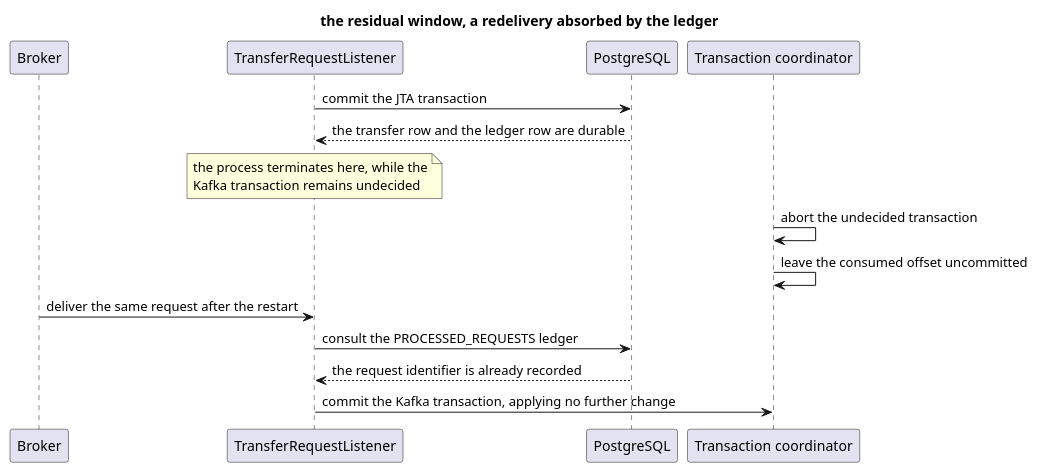
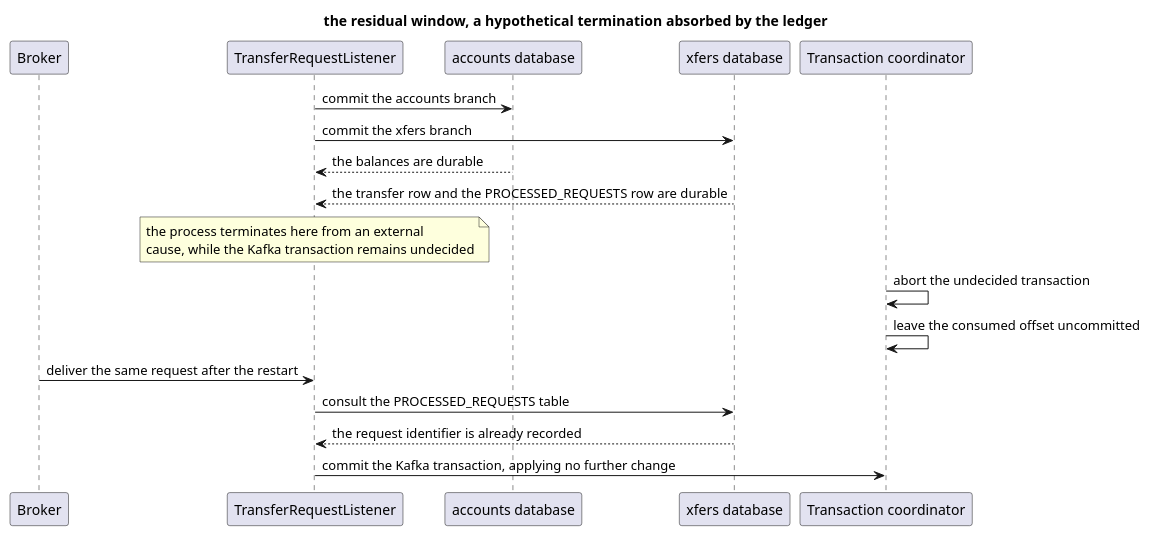
One commit to nicolasduminil/quarkus-distributed-tx changed the diagram in diagrams/04-residual-window.puml. Above: the diagram before and after it, drawn with PlantUML. The commit also changed 5 other files, not shown here.

First line of the commit message:
Show the two databases in the Kafka sequence diagrams

```diff
--- a/diagrams/04-residual-window.puml
+++ b/diagrams/04-residual-window.puml
@@ -1,17 +1,20 @@
 @startuml
-title the residual window, a redelivery absorbed by the ledger
+title the residual window, a hypothetical termination absorbed by the ledger
 participant "Broker" as B
 participant "TransferRequestListener" as L
-participant "PostgreSQL" as D
+participant "accounts database" as A
+participant "xfers database" as X
 participant "Transaction coordinator" as C
 
-L -> D : commit the JTA transaction
-D --> L : the transfer row and the ledger row are durable
-note over L : the process terminates here, while the\nKafka transaction remains undecided
+L -> A : commit the accounts branch
+L -> X : commit the xfers branch
+A --> L : the balances are durable
+X --> L : the transfer row and the PROCESSED_REQUESTS row are durable
+note over L : the process terminates here from an external\ncause, while the Kafka transaction remains undecided
 C -> C : abort the undecided transaction
 C -> C : leave the consumed offset uncommitted
 B -> L : deliver the same request after the restart
-L -> D : consult the PROCESSED_REQUESTS ledger
-D --> L : the request identifier is already recorded
+L -> X : consult the PROCESSED_REQUESTS table
+X --> L : the request identifier is already recorded
 L -> C : commit the Kafka transaction, applying no further change
 @enduml
```
